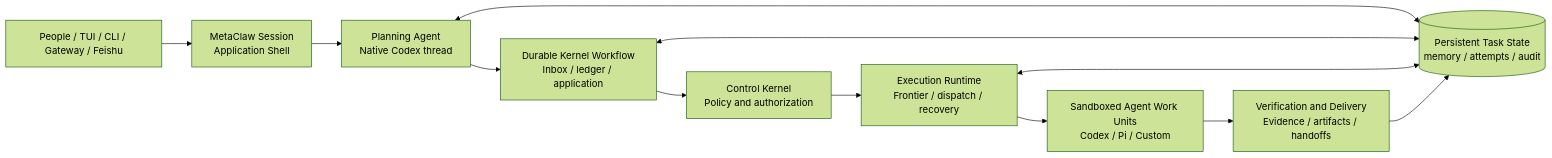
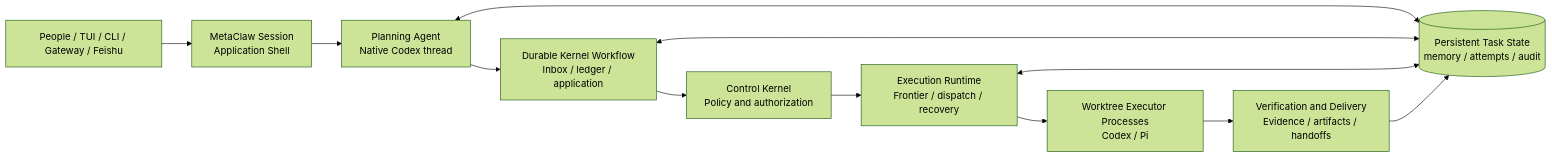
The diagram in README.md (IFOSR/metawork), drawn with Mermaid (forest theme) before and after one commit. The commit also changed other lines of this file and 26 other files, not shown here.

Commit message:
fix: run executors in worktree processes

````diff
--- a/README.md
+++ b/README.md
@@ -57,16 +57,16 @@
 ```mermaid
 flowchart LR
   Intake[People / TUI / CLI / Gateway / Feishu] --> Session[MetaClaw Session<br/>Application Shell]
   Session --> Planning[Planning Agent<br/>Native Codex thread]
   Planning --> Workflow[Durable Kernel Workflow<br/>Inbox / ledger / application]
   Workflow --> Kernel[Control Kernel<br/>Policy and authorization]
   Kernel --> Runtime[Execution Runtime<br/>Frontier / dispatch / recovery]
-  Runtime --> Agents[Sandboxed Agent Work Units<br/>Codex / Pi / Custom]
+  Runtime --> Agents[Worktree Executor Processes<br/>Codex / Pi]
   Agents --> Verify[Verification and Delivery<br/>Evidence / artifacts / handoffs]
 
   State[(Persistent Task State<br/>memory / attempts / audit)]
   Planning <--> State
   Workflow <--> State
   Runtime <--> State
   Verify --> State
 ```
````
